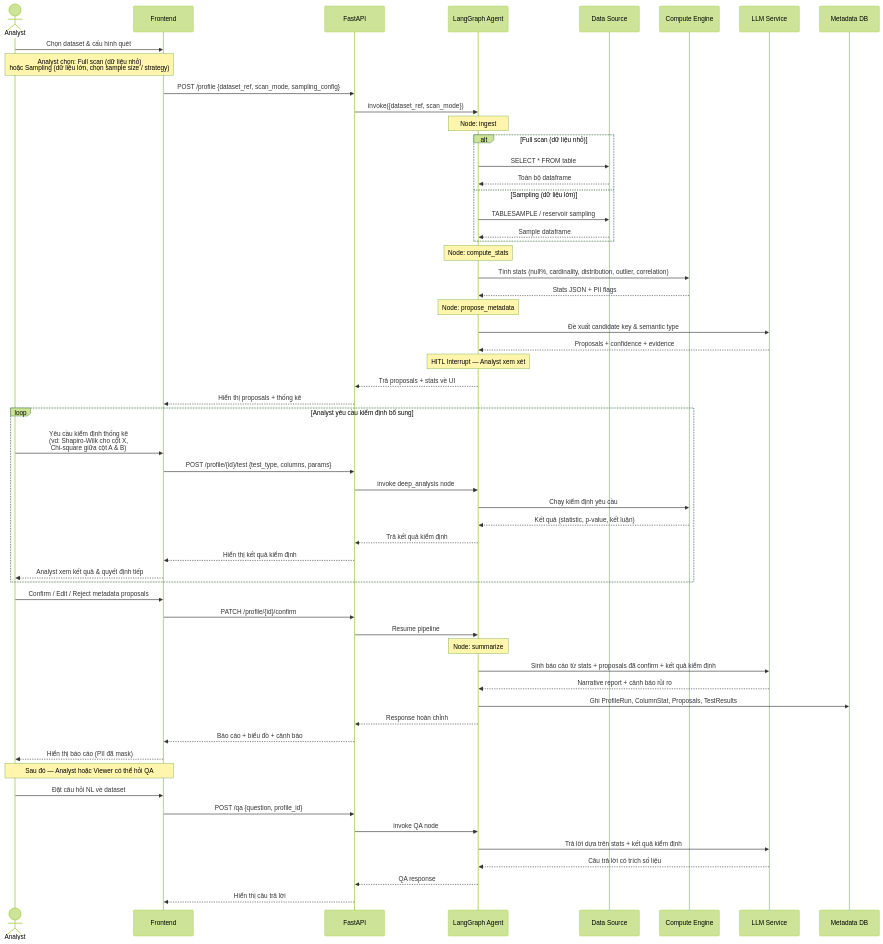
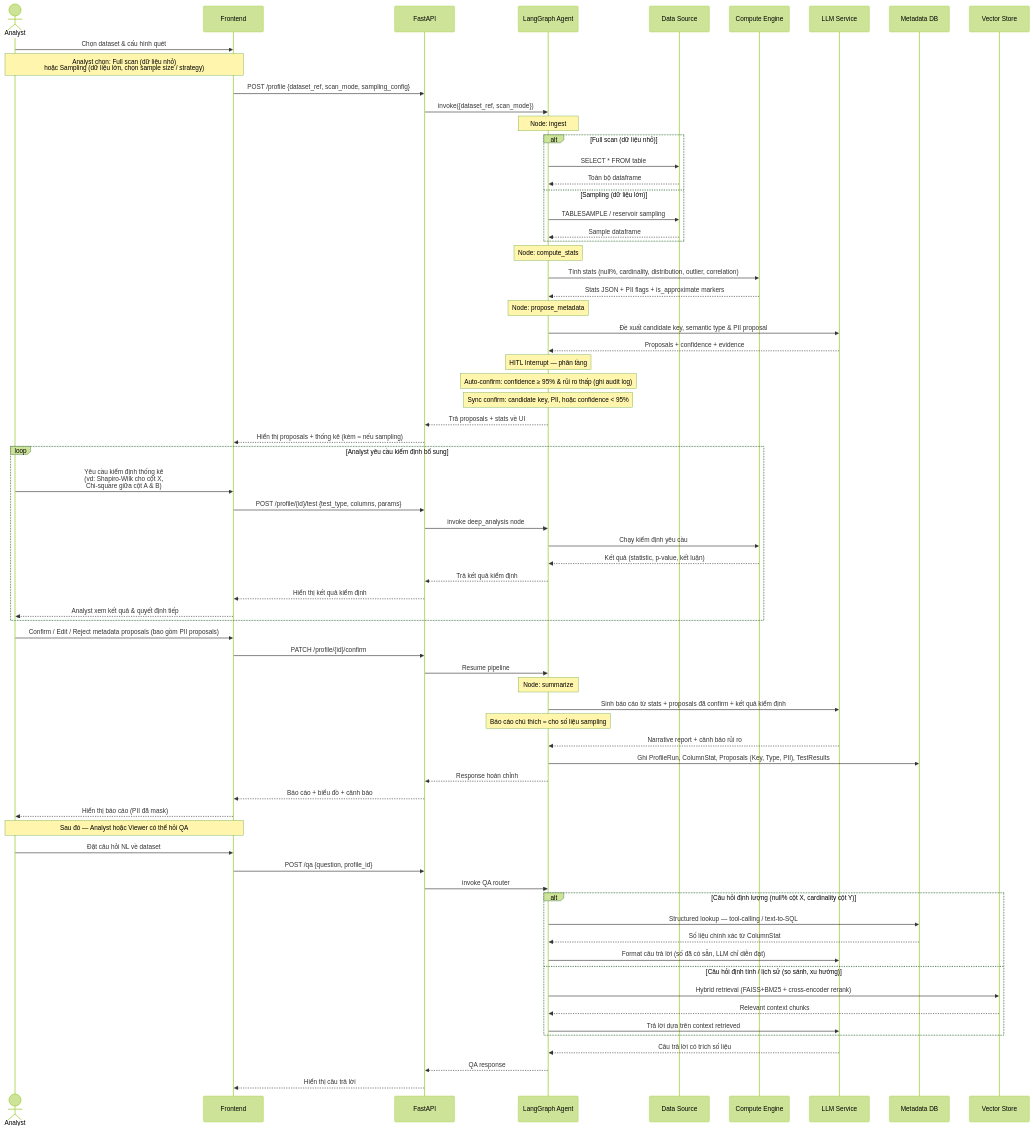
One commit to mhiu05/VDaAgent changed the third of 5 diagrams in docs/project_context.md. Above: the diagram before and after it, drawn with Mermaid (forest theme). The commit also changed other lines of this file and 2 other files, not shown here.

Commit message:
docs: Update project context to v2 and address review comments

```diff
--- a/docs/project_context.md
+++ b/docs/project_context.md
@@ -184,6 +205,7 @@
     participant CE as Compute Engine
     participant LLM as LLM Service
     participant DB as Metadata DB
+    participant VS as Vector Store
 
     A->>UI: Chọn dataset & cấu hình quét
     Note over A,UI: Analyst chọn: Full scan (dữ liệu nhỏ)<br/>hoặc Sampling (dữ liệu lớn, chọn sample size / strategy)
@@ -201,15 +223,17 @@
 
     Note over AG: Node: compute_stats
     AG->>CE: Tính stats (null%, cardinality, distribution, outlier, correlation)
-    CE-->>AG: Stats JSON + PII flags
+    CE-->>AG: Stats JSON + PII flags + is_approximate markers
 
     Note over AG: Node: propose_metadata
-    AG->>LLM: Đề xuất candidate key & semantic type
+    AG->>LLM: Đề xuất candidate key, semantic type & PII proposal
     LLM-->>AG: Proposals + confidence + evidence
 
-    Note over AG: HITL Interrupt — Analyst xem xét
+    Note over AG: HITL Interrupt — phân tầng
+    Note over AG: Auto-confirm: confidence ≥ 95% & rủi ro thấp (ghi audit log)
+    Note over AG: Sync confirm: candidate key, PII, hoặc confidence < 95%
     AG-->>API: Trả proposals + stats về UI
-    API-->>UI: Hiển thị proposals + thống kê
+    API-->>UI: Hiển thị proposals + thống kê (kèm ≈ nếu sampling)
     
     loop Analyst yêu cầu kiểm định bổ sung
         A->>UI: Yêu cầu kiểm định thống kê<br/>(vd: Shapiro-Wilk cho cột X,<br/>Chi-square giữa cột A & B)
@@ -222,15 +246,16 @@
         UI-->>A: Analyst xem kết quả & quyết định tiếp
     end
 
-    A->>UI: Confirm / Edit / Reject metadata proposals
+    A->>UI: Confirm / Edit / Reject metadata proposals (bao gồm PII proposals)
     UI->>API: PATCH /profile/{id}/confirm
     API->>AG: Resume pipeline
 
     Note over AG: Node: summarize
     AG->>LLM: Sinh báo cáo từ stats + proposals đã confirm + kết quả kiểm định
+    Note over AG: Báo cáo chú thích ≈ cho số liệu sampling
     LLM-->>AG: Narrative report + cảnh báo rủi ro
 
-    AG->>DB: Ghi ProfileRun, ColumnStat, Proposals, TestResults
+    AG->>DB: Ghi ProfileRun, ColumnStat, Proposals (Key, Type, PII), TestResults
 
     AG-->>API: Response hoàn chỉnh
     API-->>UI: Báo cáo + biểu đồ + cảnh báo
@@ -239,8 +264,18 @@
     Note over A,UI: Sau đó — Analyst hoặc Viewer có thể hỏi QA
     A->>UI: Đặt câu hỏi NL về dataset
     UI->>API: POST /qa {question, profile_id}
-    API->>AG: invoke QA node
-    AG->>LLM: Trả lời dựa trên stats + kết quả kiểm định
+    API->>AG: invoke QA router
+
+    alt Câu hỏi định lượng (null% cột X, cardinality cột Y)
+        AG->>DB: Structured lookup — tool-calling / text-to-SQL
+        DB-->>AG: Số liệu chính xác từ ColumnStat
+        AG->>LLM: Format câu trả lời (số đã có sẵn, LLM chỉ diễn đạt)
+    else Câu hỏi định tính / lịch sử (so sánh, xu hướng)
+        AG->>VS: Hybrid retrieval (FAISS+BM25 + cross-encoder rerank)
+        VS-->>AG: Relevant context chunks
+        AG->>LLM: Trả lời dựa trên context retrieved
+    end
+
     LLM-->>AG: Câu trả lời có trích số liệu
     AG-->>API: QA response
     API-->>UI: Hiển thị câu trả lời
```
